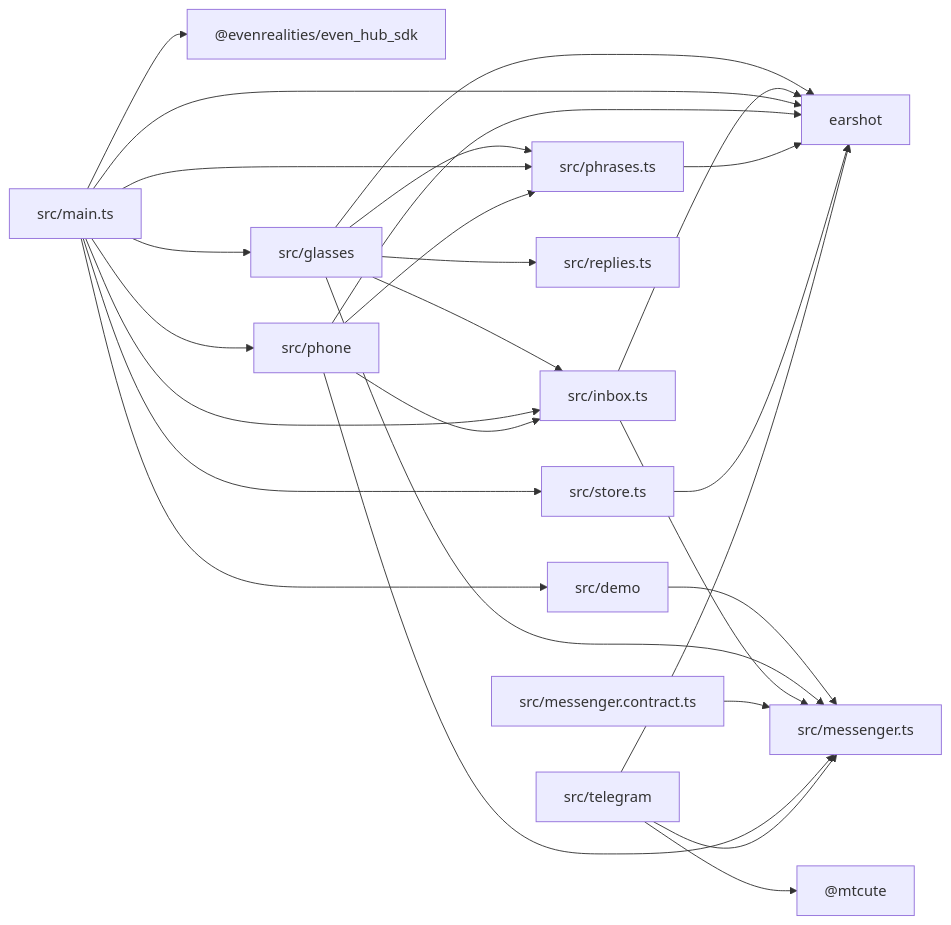
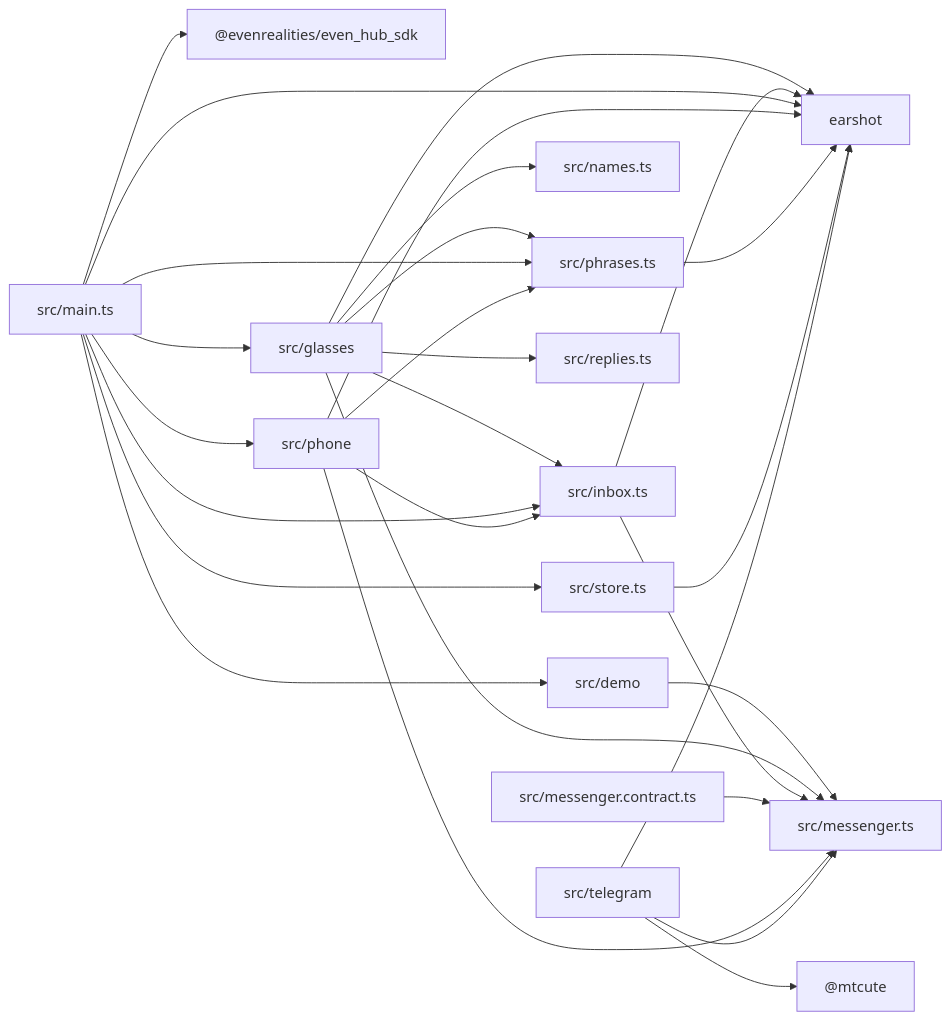
Before and after one commit to jarekbird/paper-plane: the second of 2 diagrams in docs/architecture.md, drawn with Mermaid. The commit also changed 32 other files, not shown here.

````diff
--- a/docs/architecture.md
+++ b/docs/architecture.md
@@ -67,43 +67,45 @@
 ```mermaid
 flowchart LR
   _evenrealities_even_hub_sdk["@evenrealities/even_hub_sdk"]
   _mtcute["@mtcute"]
   earshot["earshot"]
   src_demo["src/demo"]
   src_glasses["src/glasses"]
   src_inbox_ts["src/inbox.ts"]
   src_main_ts["src/main.ts"]
   src_messenger_contract_ts["src/messenger.contract.ts"]
   src_messenger_ts["src/messenger.ts"]
+  src_names_ts["src/names.ts"]
   src_phone["src/phone"]
   src_phrases_ts["src/phrases.ts"]
   src_replies_ts["src/replies.ts"]
   src_store_ts["src/store.ts"]
   src_telegram["src/telegram"]
   src_demo --> src_messenger_ts
   src_glasses --> earshot
   src_glasses --> src_inbox_ts
   src_glasses --> src_messenger_ts
+  src_glasses --> src_names_ts
   src_glasses --> src_phrases_ts
   src_glasses --> src_replies_ts
   src_inbox_ts --> earshot
   src_inbox_ts --> src_messenger_ts
   src_main_ts --> _evenrealities_even_hub_sdk
   src_main_ts --> earshot
   src_main_ts --> src_demo
   src_main_ts --> src_glasses
   src_main_ts --> src_inbox_ts
   src_main_ts --> src_phone
   src_main_ts --> src_phrases_ts
   src_main_ts --> src_store_ts
   src_messenger_contract_ts --> src_messenger_ts
   src_phone --> earshot
   src_phone --> src_inbox_ts
   src_phone --> src_messenger_ts
   src_phone --> src_phrases_ts
   src_phrases_ts --> earshot
   src_store_ts --> earshot
   src_telegram --> _mtcute
   src_telegram --> earshot
   src_telegram --> src_messenger_ts
 ```
````
